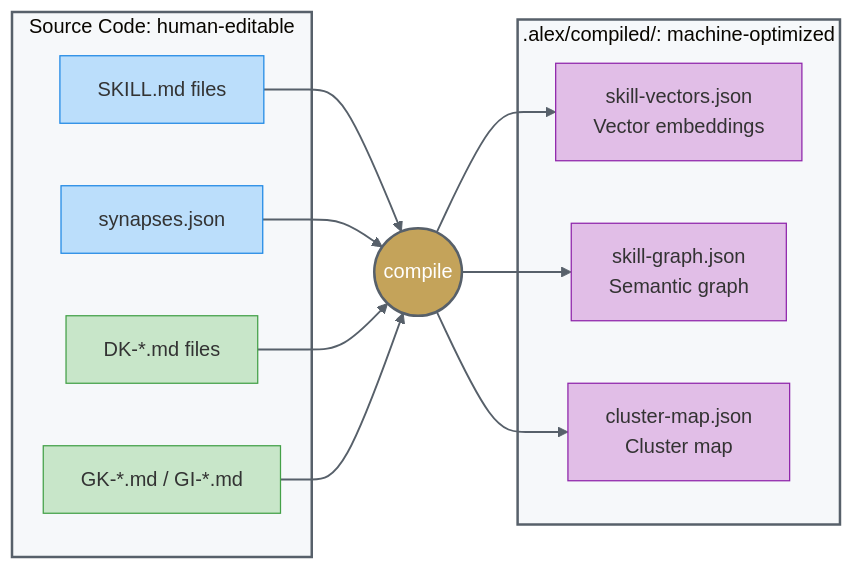
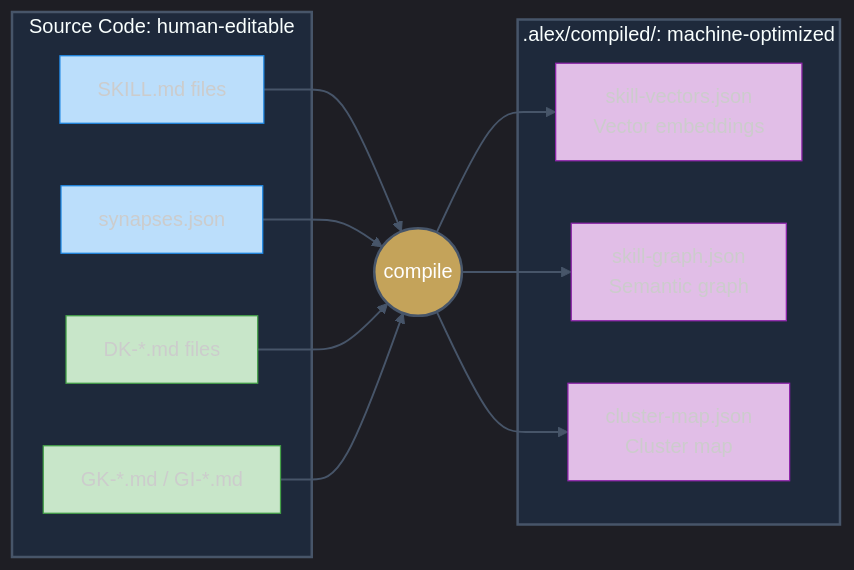
One commit to fabioc-aloha/Alex_Plug_In changed the third of 11 diagrams in alex_docs/architecture/SEMANTIC-SKILL-GRAPH.md. Above: the diagram before and after it, drawn with Mermaid. The commit also changed other lines of this file and 13 other files, not shown here.

Commit message:
brand(M4.8-4.10): mermaid theme snippet + inject CorreaX theme into arch diagrams + standardize badge colors

````diff
--- a/alex_docs/architecture/SEMANTIC-SKILL-GRAPH.md
+++ b/alex_docs/architecture/SEMANTIC-SKILL-GRAPH.md
@@ -176,38 +177,38 @@
 ```mermaid
-%%{init: {'theme': 'base', 'themeVariables': { 'edgeLabelBackground':'#ffffff', 'lineColor': '#57606a' }}}%%
+%%{init: {'theme': 'dark', 'themeVariables': {'background': '#0f172a', 'primaryColor': '#1e293b', 'primaryTextColor': '#f1f5f9', 'primaryBorderColor': '#818cf8', 'lineColor': '#475569', 'secondaryColor': '#1e293b', 'secondaryBorderColor': '#2dd4bf', 'tertiaryColor': '#1e293b', 'fontFamily': 'Segoe UI, system-ui, sans-serif'}}}%%
 flowchart LR
     subgraph SRC["Source Code: human-editable"]
         SK["SKILL.md files"]
         SY["synapses.json"]
         DK["DK-*.md files"]
         GK["GK-*.md / GI-*.md"]
     end
 
     COMPILE((" compile "))
 
     subgraph OUT[".alex/compiled/: machine-optimized"]
         VEC["skill-vectors.json<br/>Vector embeddings"]
         GRA["skill-graph.json<br/>Semantic graph"]
         CLU["cluster-map.json<br/>Cluster map"]
     end
 
     SK --> COMPILE
     SY --> COMPILE
     DK --> COMPILE
     GK --> COMPILE
     COMPILE --> VEC
     COMPILE --> GRA
     COMPILE --> CLU
 
-    style SRC fill:#f6f8fa,stroke:#57606a,stroke-width:2px
-    style OUT fill:#f6f8fa,stroke:#57606a,stroke-width:2px
-    style COMPILE fill:#c4a35a,stroke:#57606a,color:#fff,stroke-width:2px
+    style SRC fill:#1e293b,stroke:#475569,stroke-width:2px
+    style OUT fill:#1e293b,stroke:#475569,stroke-width:2px
+    style COMPILE fill:#c4a35a,stroke:#475569,color:#fff,stroke-width:2px
     style SK fill:#bbdefb,stroke:#1e88e5
     style SY fill:#bbdefb,stroke:#1e88e5
     style DK fill:#c8e6c9,stroke:#43a047
     style GK fill:#c8e6c9,stroke:#43a047
     style VEC fill:#e1bee7,stroke:#8e24aa
     style GRA fill:#e1bee7,stroke:#8e24aa
     style CLU fill:#e1bee7,stroke:#8e24aa
-    linkStyle default stroke:#57606a,stroke-width:1.5px
+    linkStyle default stroke:#475569,stroke-width:1.5px
 ```
````
